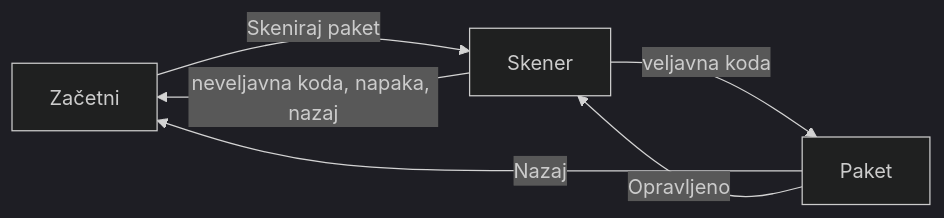
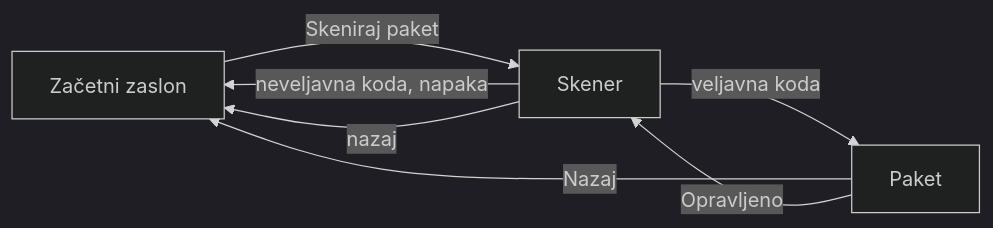
One commit to butarca/QScan changed the first of 6 diagrams in docs/SPECIFIKACIJA.md. Above: the diagram before and after it, drawn with Mermaid (dark theme). The commit also changed other lines of this file and 1 other file, not shown here.

````diff
--- a/docs/SPECIFIKACIJA.md
+++ b/docs/SPECIFIKACIJA.md
@@ -91,8 +162,9 @@
 ```mermaid
 flowchart LR
-    S[Začetni] -- Skeniraj paket --> G[Skener]
-    G -- veljavna koda --> P[Paket]
-    G -- neveljavna koda, napaka, nazaj --> S
-    P -- Nazaj --> S
-    P -- Opravljeno --> G
+    S[Začetni zaslon] -->|Skeniraj paket| G[Skener]
+    G -->|veljavna koda| P[Paket]
+    G -->|neveljavna koda, napaka| S
+    G -->|nazaj| S
+    P -->|Nazaj| S
+    P -->|Opravljeno| G
 ```
````
